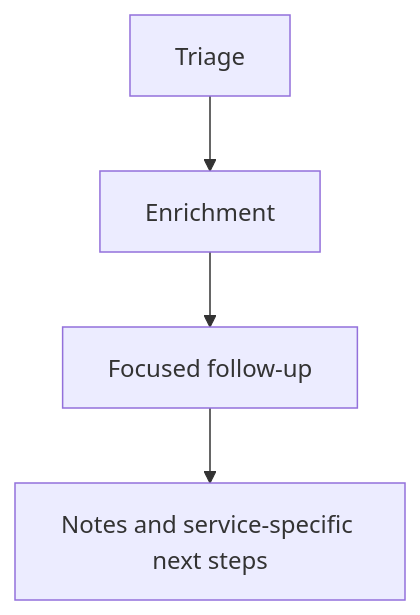
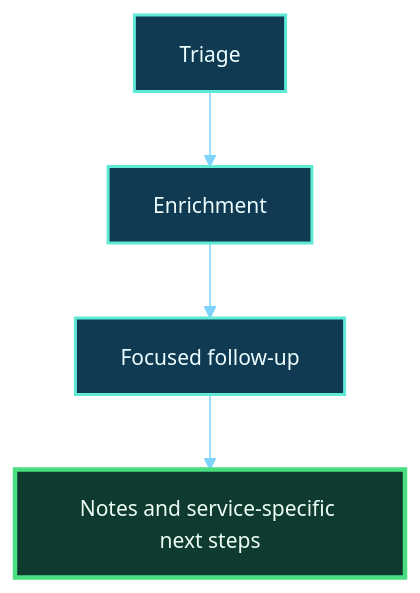
The sixth of 6 diagrams in modules/02-enumeration-using-nmap/lessons/module-02-lesson-2-5-saving-results-tuning-scans-and-building-a-repeatable-nmap-workflow.md (route2shell/hack-the-basics), drawn with Mermaid before and after one commit. The commit also changed other lines of this file and 9 other files, not shown here.

````diff
--- a/modules/02-enumeration-using-nmap/lessons/module-02-lesson-2-5-saving-results-tuning-scans-and-building-a-repeatable-nmap-workflow.md
+++ b/modules/02-enumeration-using-nmap/lessons/module-02-lesson-2-5-saving-results-tuning-scans-and-building-a-repeatable-nmap-workflow.md
@@ -826,6 +864,13 @@
 ```mermaid
+%%{init: {"theme":"base","flowchart":{"curve":"basis","htmlLabels":true},"themeVariables":{"fontSize":"14px","primaryTextColor":"#e5eef8","lineColor":"#7dd3fc","primaryColor":"#0f172a","clusterBkg":"#0b1220","clusterBorder":"#334155"}}}%%
 flowchart TD
-    A[Triage] --> B[Enrichment]
-    B --> C[Focused follow-up]
-    C --> D[Notes and service-specific next steps]
+    A["Triage"] --> B["Enrichment"]
+    B --> C["Focused follow-up"]
+    C --> D["Notes and service-specific next steps"]
+
+    classDef stage fill:#0f3a52,stroke:#5eead4,color:#ecfeff,stroke-width:2px;
+    classDef artifact fill:#0f3a2f,stroke:#4ade80,color:#ecfdf5,stroke-width:3px;
+
+    class A,B,C stage;
+    class D artifact;
 ```
````
